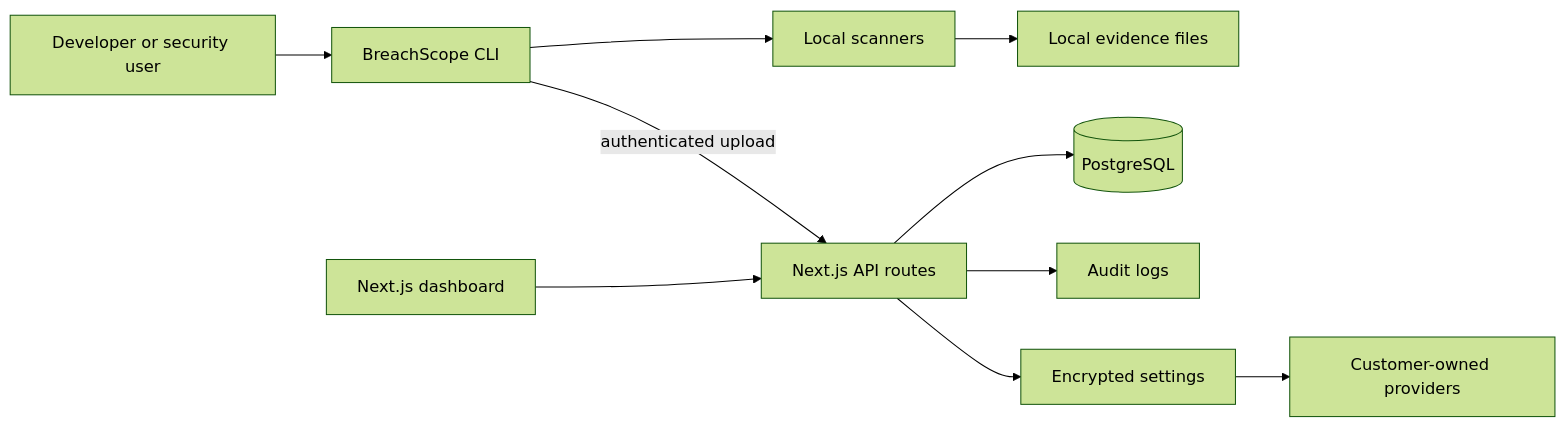
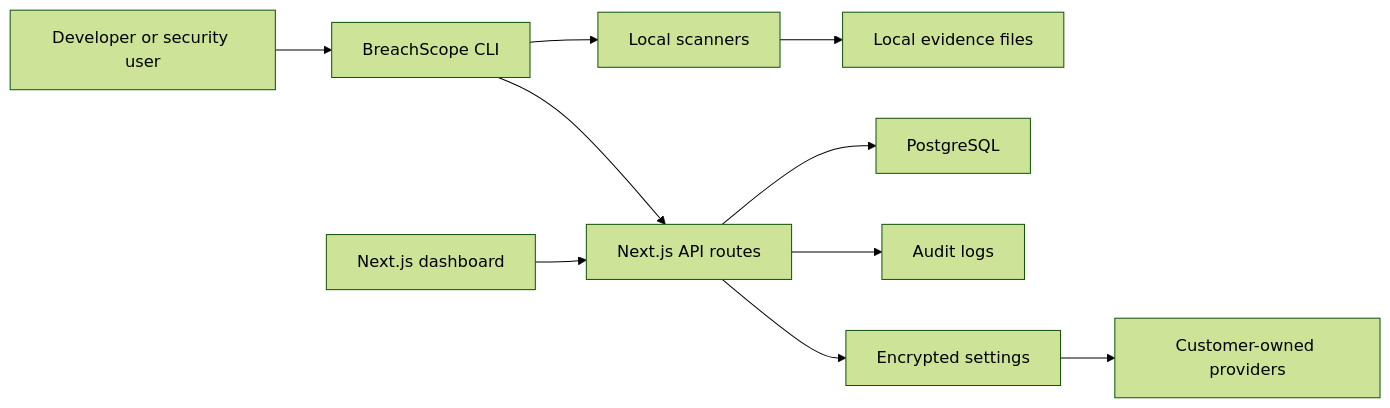
Before and after one commit to Afnanksalal/BreachScope: the first of 3 diagrams in docs/architecture.md, drawn with Mermaid (forest theme). The commit also changed other lines of this file and 20 other files, not shown here.

````diff
--- a/docs/architecture.md
+++ b/docs/architecture.md
@@ -7,12 +7,12 @@
 ```mermaid
 flowchart LR
-  User[Developer or security user] --> CLI[BreachScope CLI]
-  CLI --> LocalScan[Local scanners]
-  LocalScan --> Evidence[Local evidence files]
-  CLI -->|authenticated upload| API[Next.js API routes]
-  Dashboard[Next.js dashboard] --> API
-  API --> DB[(PostgreSQL)]
-  API --> Audit[Audit logs]
-  API --> Settings[Encrypted settings]
-  Settings --> Integrations[Customer-owned providers]
+  User["Developer or security user"] --> CLI["BreachScope CLI"]
+  CLI --> LocalScan["Local scanners"]
+  LocalScan --> Evidence["Local evidence files"]
+  CLI --> API["Next.js API routes"]
+  Dashboard["Next.js dashboard"] --> API
+  API --> DB["PostgreSQL"]
+  API --> Audit["Audit logs"]
+  API --> Settings["Encrypted settings"]
+  Settings --> Integrations["Customer-owned providers"]
 ```
````
